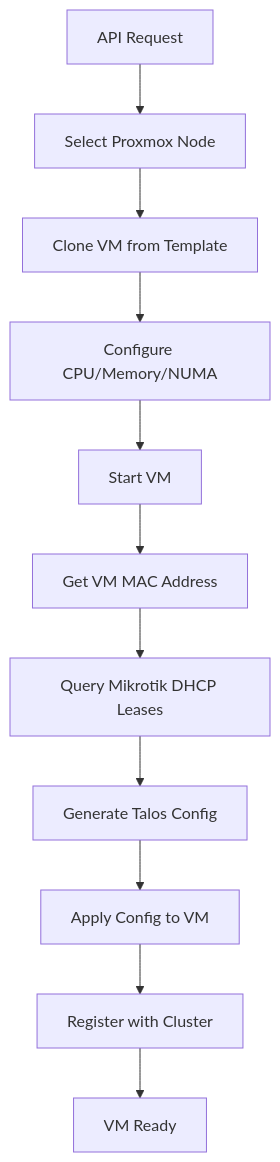
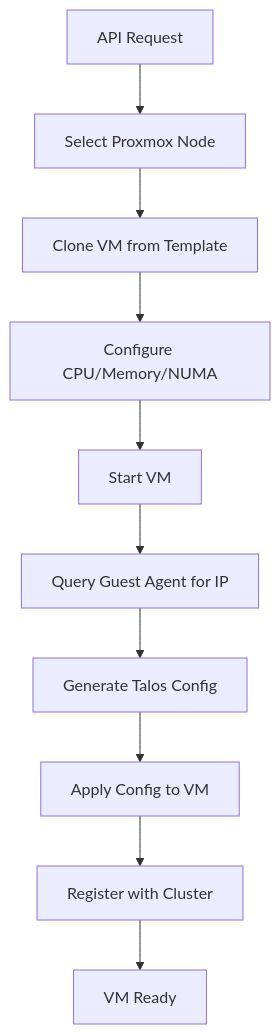
One commit to D13410N3/proxmox-talos-vm-deployer changed the diagram in README.md. Above: the diagram before and after it, drawn with Mermaid. The commit also changed other lines of this file and 5 other files, not shown here.

Commit message:
Get rid of Mikrotik

````diff
--- a/README.md
+++ b/README.md
@@ -377,13 +357,12 @@
 ```mermaid
 graph TD
     A[API Request] --> B[Select Proxmox Node]
     B --> C[Clone VM from Template]
     C --> D[Configure CPU/Memory/NUMA]
     D --> E[Start VM]
-    E --> F[Get VM MAC Address]
-    F --> G[Query Mikrotik DHCP Leases]
-    G --> H[Generate Talos Config]
-    H --> I[Apply Config to VM]
-    I --> J[Register with Cluster]
-    J --> K[VM Ready]
+    E --> F[Query Guest Agent for IP]
+    F --> G[Generate Talos Config]
+    G --> H[Apply Config to VM]
+    H --> I[Register with Cluster]
+    I --> J[VM Ready]
 ```
````
